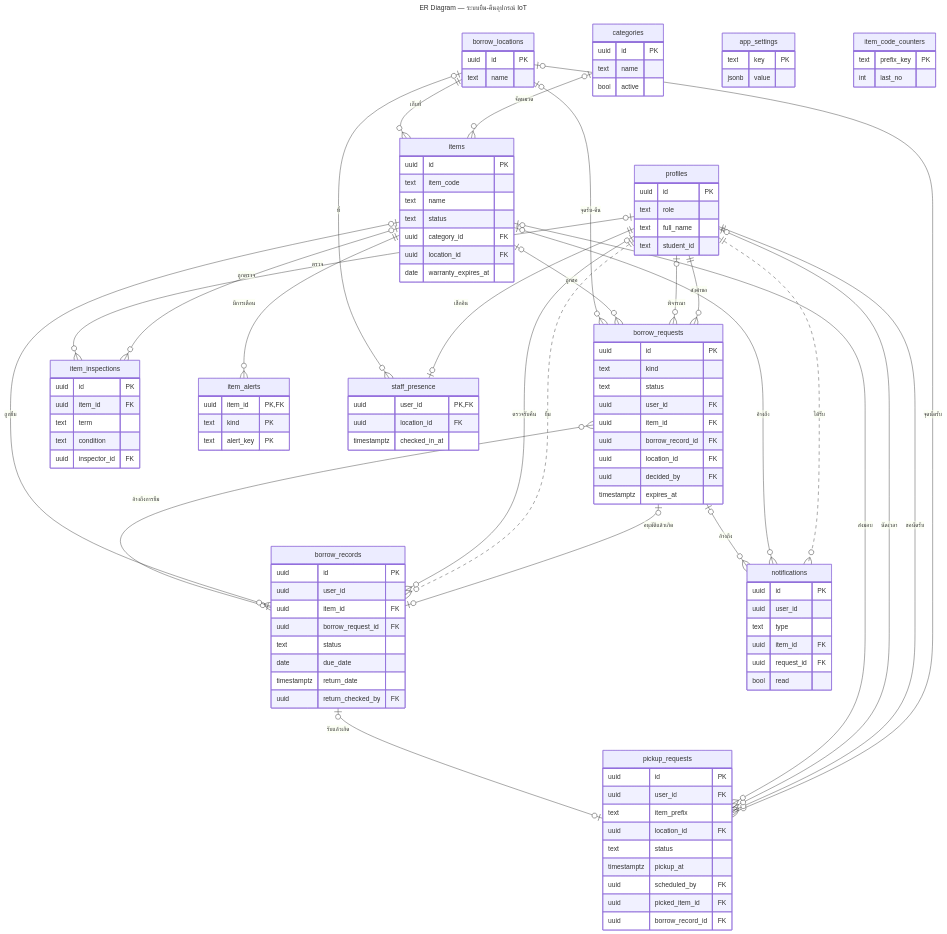
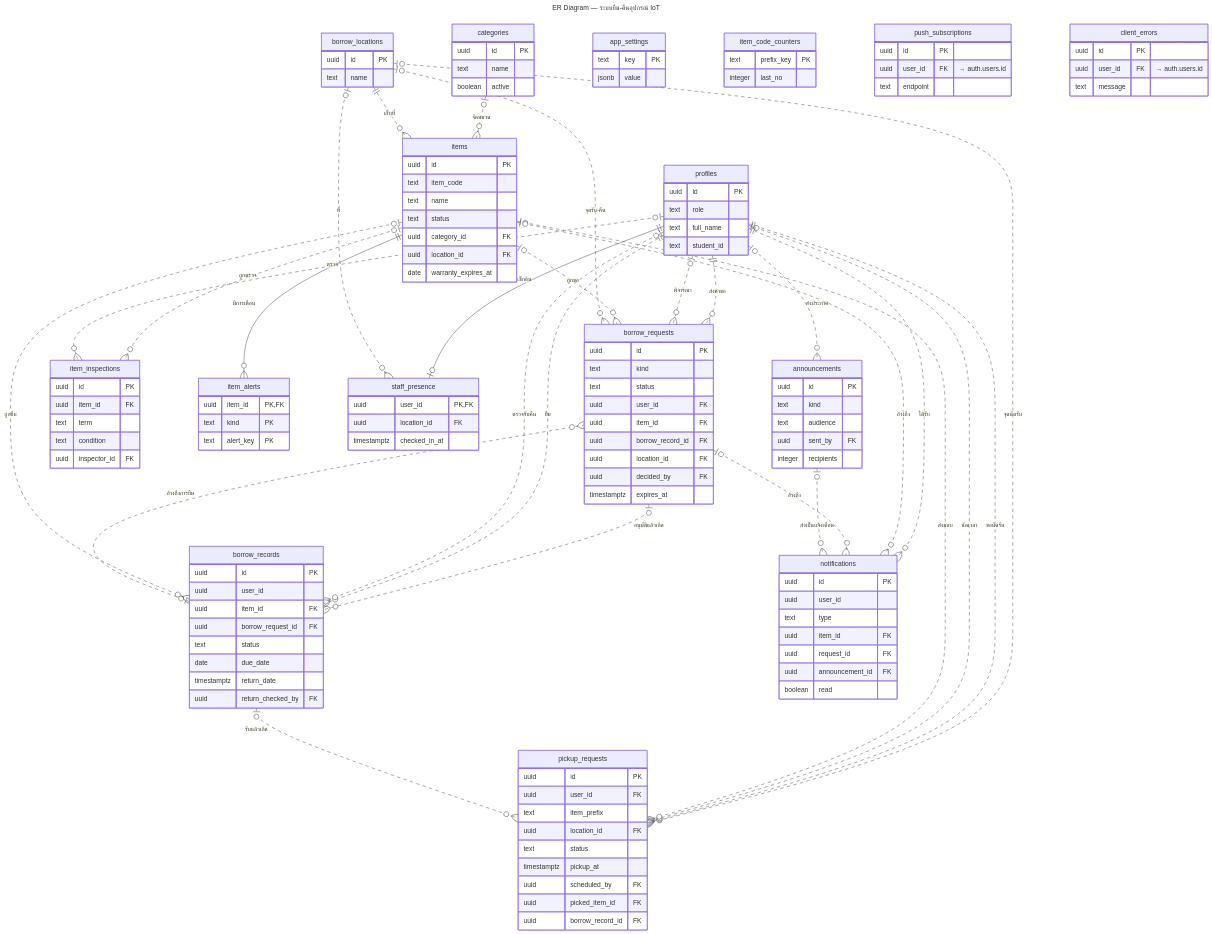
The diagram in iot-lab-management/docs/diagrams/src/er-borrow.mmd (Sineeyagron/Project1), drawn with Mermaid before and after one commit. The commit also changed 27 other files, not shown here.

```diff
--- a/iot-lab-management/docs/diagrams/src/er-borrow.mmd
+++ b/iot-lab-management/docs/diagrams/src/er-borrow.mmd
@@ -1,121 +1,141 @@
 ---
 title: ER Diagram — ระบบยืม-คืนอุปกรณ์ IoT
 ---
-%% สร้างจากโครงตารางจริงใน Supabase (public schema) 28 ต.ค. 2569
-%% แสดงเฉพาะ PK, FK และคอลัมน์หลัก — คอลัมน์ทั้งหมดดูใน Data Dictionary
-%% เส้นประ = ความสัมพันธ์ทางตรรกะ (อ้างถึงกันแต่ไม่มี FK constraint ในฐานข้อมูล)
+%% สร้างจากโครงตารางจริงใน Supabase (public schema) 6 พ.ย. 2569
+%% แสดงเฉพาะ PK, FK และคอลัมน์หลัก — คอลัมน์ทั้งหมดดูใน Data Dictionary · push_subscriptions/client_errors ใช้ร่วมทั้งสองระบบ FK ชี้ auth.users (ตารางบัญชีของ Supabase Auth นอก schema public จึงไม่มีเส้น)
+%% สัญลักษณ์ Crow's Foot (IE): เส้นทึบ = identifying (PK ของลูกมี FK ของแม่) · เส้นประ = non-identifying · จำนวนฝั่งลูกตาม constraint จริง (ไม่มี unique = หลายแถว)
 erDiagram
   profiles {
     uuid id PK
     text role
     text full_name
     text student_id
   }
   categories {
     uuid id PK
     text name
-    bool active
+    boolean active
   }
   borrow_locations {
     uuid id PK
     text name
   }
   items {
     uuid id PK
     text item_code
     text name
     text status
     uuid category_id FK
     uuid location_id FK
     date warranty_expires_at
   }
   borrow_requests {
     uuid id PK
     text kind
     text status
     uuid user_id FK
     uuid item_id FK
     uuid borrow_record_id FK
     uuid location_id FK
     uuid decided_by FK
     timestamptz expires_at
   }
   borrow_records {
     uuid id PK
     uuid user_id
     uuid item_id FK
     uuid borrow_request_id FK
     text status
     date due_date
     timestamptz return_date
     uuid return_checked_by FK
   }
   pickup_requests {
     uuid id PK
     uuid user_id FK
     text item_prefix
     uuid location_id FK
     text status
     timestamptz pickup_at
     uuid scheduled_by FK
     uuid picked_item_id FK
     uuid borrow_record_id FK
   }
   item_inspections {
     uuid id PK
     uuid item_id FK
     text term
     text condition
     uuid inspector_id FK
   }
   item_alerts {
     uuid item_id PK, FK
     text kind PK
     text alert_key PK
   }
   staff_presence {
     uuid user_id PK, FK
     uuid location_id FK
     timestamptz checked_in_at
   }
   notifications {
     uuid id PK
     uuid user_id
     text type
     uuid item_id FK
     uuid request_id FK
-    bool read
+    uuid announcement_id FK
+    boolean read
+  }
+  announcements {
+    uuid id PK
+    text kind
+    text audience
+    uuid sent_by FK
+    integer recipients
   }
   app_settings {
     text key PK
     jsonb value
   }
   item_code_counters {
     text prefix_key PK
-    int last_no
+    integer last_no
+  }
+  push_subscriptions {
+    uuid id PK
+    uuid user_id FK "→ auth.users.id"
+    text endpoint
+  }
+  client_errors {
+    uuid id PK
+    uuid user_id FK "→ auth.users.id"
+    text message
   }
 
-  categories |o--o{ items : "จัดหมวด"
-  borrow_locations ||--o{ items : "เก็บที่"
-  profiles ||--o{ borrow_requests : "ส่งคำขอ"
-  profiles |o--o{ borrow_requests : "พิจารณา"
-  items |o--o{ borrow_requests : "ถูกขอ"
-  borrow_requests |o--o| borrow_records : "อนุมัติแล้วเกิด"
-  borrow_records |o--o{ borrow_requests : "อ้างถึงการยืม"
-  borrow_locations |o--o{ borrow_requests : "จุดรับ-คืน"
-  borrow_locations |o--o{ pickup_requests : "จุดนัดรับ"
+  categories |o..o{ items : "จัดหมวด"
+  borrow_locations ||..o{ items : "เก็บที่"
+  profiles ||..o{ borrow_requests : "ส่งคำขอ"
+  profiles |o..o{ borrow_requests : "พิจารณา"
+  items |o..o{ borrow_requests : "ถูกขอ"
+  borrow_requests |o..o{ borrow_records : "อนุมัติแล้วเกิด"
+  borrow_records |o..o{ borrow_requests : "อ้างถึงการยืม"
+  borrow_locations |o..o{ borrow_requests : "จุดรับ-คืน"
+  borrow_locations |o..o{ pickup_requests : "จุดนัดรับ"
   profiles ||..o{ borrow_records : "ยืม"
-  profiles |o--o{ borrow_records : "ตรวจรับคืน"
-  items |o--o{ borrow_records : "ถูกยืม"
-  profiles ||--o{ pickup_requests : "ขอนัดรับ"
-  profiles |o--o{ pickup_requests : "นัดเวลา"
-  items |o--o{ pickup_requests : "ส่งมอบ"
-  borrow_records |o--o| pickup_requests : "รับแล้วเกิด"
-  items |o--o{ item_inspections : "ถูกตรวจ"
-  profiles |o--o{ item_inspections : "ตรวจ"
+  profiles |o..o{ borrow_records : "ตรวจรับคืน"
+  items |o..o{ borrow_records : "ถูกยืม"
+  profiles ||..o{ pickup_requests : "ขอนัดรับ"
+  profiles |o..o{ pickup_requests : "นัดเวลา"
+  items |o..o{ pickup_requests : "ส่งมอบ"
+  borrow_records |o..o{ pickup_requests : "รับแล้วเกิด"
+  items |o..o{ item_inspections : "ถูกตรวจ"
+  profiles |o..o{ item_inspections : "ตรวจ"
   items ||--o{ item_alerts : "มีการเตือน"
   profiles ||--o| staff_presence : "เช็กอิน"
-  borrow_locations |o--o{ staff_presence : "ที่"
+  borrow_locations |o..o{ staff_presence : "ที่"
   profiles ||..o{ notifications : "ได้รับ"
-  items |o--o{ notifications : "อ้างถึง"
-  borrow_requests |o--o{ notifications : "อ้างถึง"
+  items |o..o{ notifications : "อ้างถึง"
+  borrow_requests |o..o{ notifications : "อ้างถึง"
+  profiles |o..o{ announcements : "ส่งประกาศ"
+  announcements |o..o{ notifications : "ส่งเป็นแจ้งเตือน"
```
